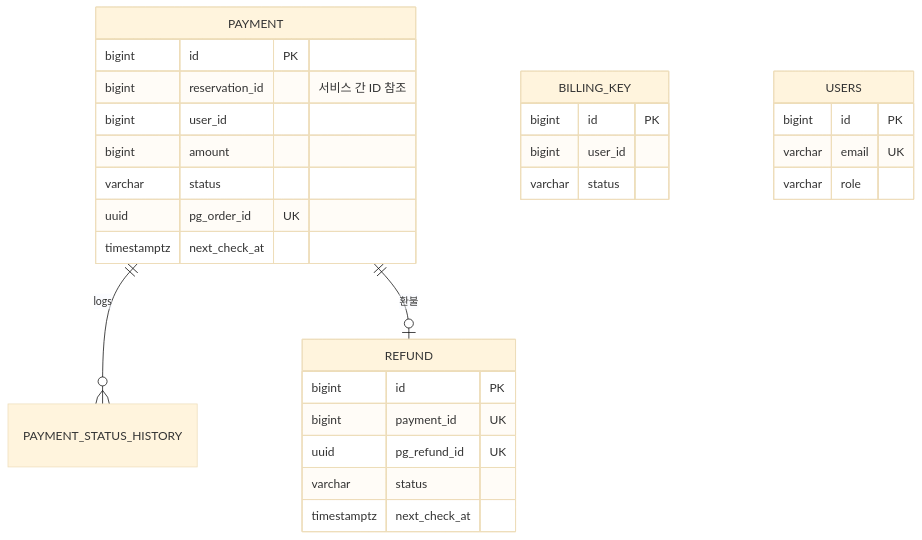
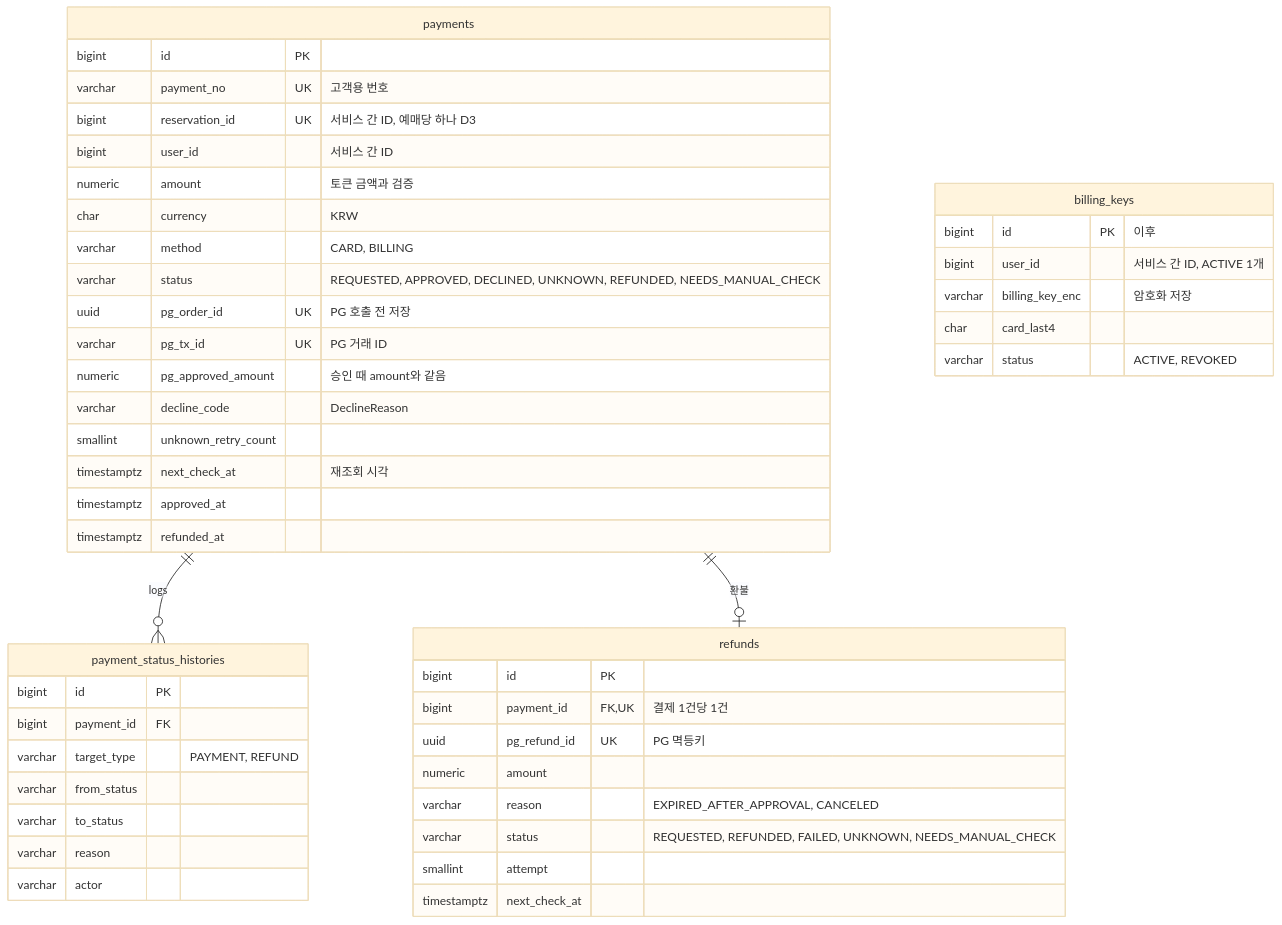
One commit to iseonjwa/high-quality-ticketing-system changed the eighth of 9 diagrams in docs/core/SA MASTER.md. Above: the diagram before and after it, drawn with Mermaid (base theme). The commit also changed other lines of this file, not shown here.

First line of the commit message:
docs(docs): SA v3.3 테이블 이름 복수형과 ERD 전체 반영

````diff
--- a/docs/core/SA MASTER.md
+++ b/docs/core/SA MASTER.md
@@ -1410,23 +1575,50 @@
 ```mermaid
 erDiagram
-  PAYMENT ||--o{ PAYMENT_STATUS_HISTORY : logs
-  PAYMENT ||--o| REFUND : "환불"
-  PAYMENT { bigint id PK
-    bigint reservation_id "서비스 간 ID 참조"
-    bigint user_id
-    bigint amount
-    varchar status
-    uuid pg_order_id UK
-    timestamptz next_check_at }
-  REFUND { bigint id PK
-    bigint payment_id UK
-    uuid pg_refund_id UK
-    varchar status
-    timestamptz next_check_at }
-  BILLING_KEY { bigint id PK
-    bigint user_id
-    varchar status }
-  USERS { bigint id PK
-    varchar email UK
-    varchar role }
+  payments ||--o{ payment_status_histories : logs
+  payments ||--o| refunds : "환불"
+
+  payments {
+    bigint id PK
+    varchar payment_no UK "고객용 번호"
+    bigint reservation_id UK "서비스 간 ID, 예매당 하나 D3"
+    bigint user_id "서비스 간 ID"
+    numeric amount "토큰 금액과 검증"
+    char currency "KRW"
+    varchar method "CARD, BILLING"
+    varchar status "REQUESTED, APPROVED, DECLINED, UNKNOWN, REFUNDED, NEEDS_MANUAL_CHECK"
+    uuid pg_order_id UK "PG 호출 전 저장"
+    varchar pg_tx_id UK "PG 거래 ID"
+    numeric pg_approved_amount "승인 때 amount와 같음"
+    varchar decline_code "DeclineReason"
+    smallint unknown_retry_count
+    timestamptz next_check_at "재조회 시각"
+    timestamptz approved_at
+    timestamptz refunded_at
+  }
+  payment_status_histories {
+    bigint id PK
+    bigint payment_id FK
+    varchar target_type "PAYMENT, REFUND"
+    varchar from_status
+    varchar to_status
+    varchar reason
+    varchar actor
+  }
+  refunds {
+    bigint id PK
+    bigint payment_id FK, UK "결제 1건당 1건"
+    uuid pg_refund_id UK "PG 멱등키"
+    numeric amount
+    varchar reason "EXPIRED_AFTER_APPROVAL, CANCELED"
+    varchar status "REQUESTED, REFUNDED, FAILED, UNKNOWN, NEEDS_MANUAL_CHECK"
+    smallint attempt
+    timestamptz next_check_at
+  }
+  billing_keys {
+    bigint id PK "이후"
+    bigint user_id "서비스 간 ID, ACTIVE 1개"
+    varchar billing_key_enc "암호화 저장"
+    char card_last4
+    varchar status "ACTIVE, REVOKED"
+  }
 ```
````
